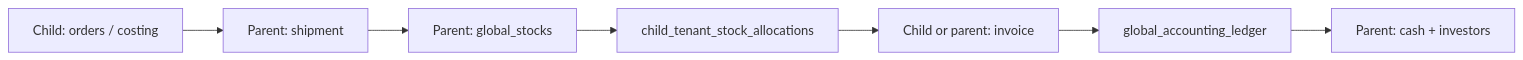
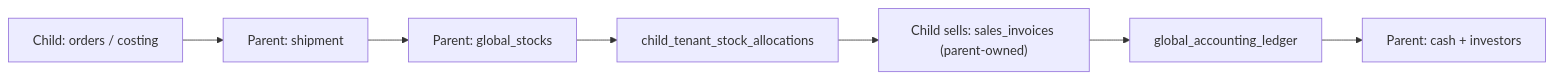
The first of 4 diagrams in doc/TENANT_MODEL_AND_ACCESS.md (david-git-2/brandwala-wholesale-quasar-v2), drawn with Mermaid before and after one commit. The commit also changed other lines of this file and 50 other files, not shown here.

````diff
--- a/doc/TENANT_MODEL_AND_ACCESS.md
+++ b/doc/TENANT_MODEL_AND_ACCESS.md
@@ -90,9 +90,9 @@
 ```mermaid
 flowchart LR
   childOrders["Child: orders / costing"] --> parentShip["Parent: shipment"]
   parentShip --> globalStock["Parent: global_stocks"]
   globalStock --> alloc["child_tenant_stock_allocations"]
-  alloc --> childInvoice["Child or parent: invoice"]
+  alloc --> childInvoice["Child sells: sales_invoices (parent-owned)"]
   childInvoice --> ledger["global_accounting_ledger"]
   ledger --> capital["Parent: cash + investors"]
 ```
````
